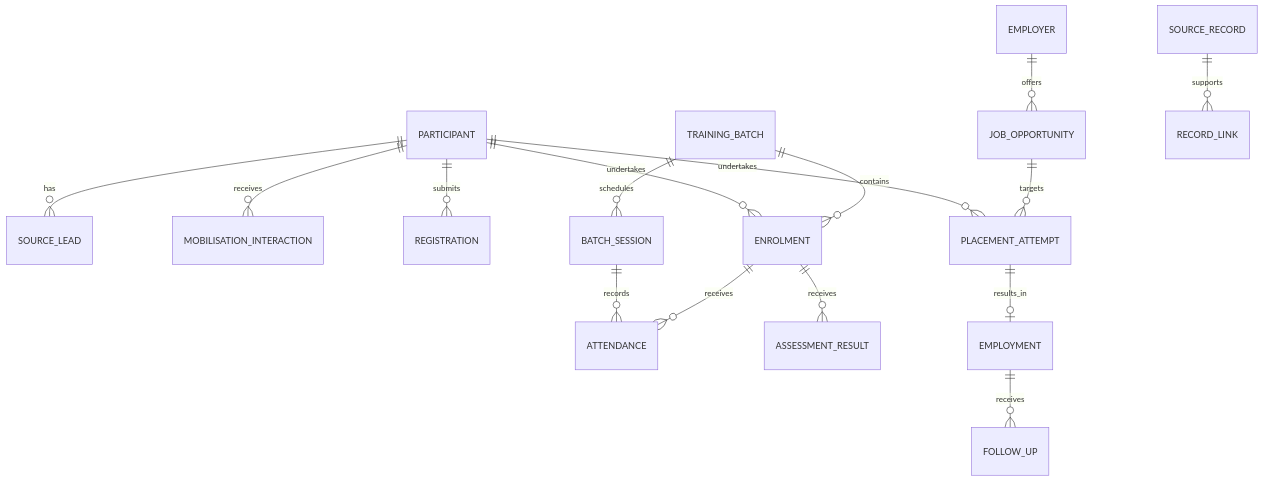
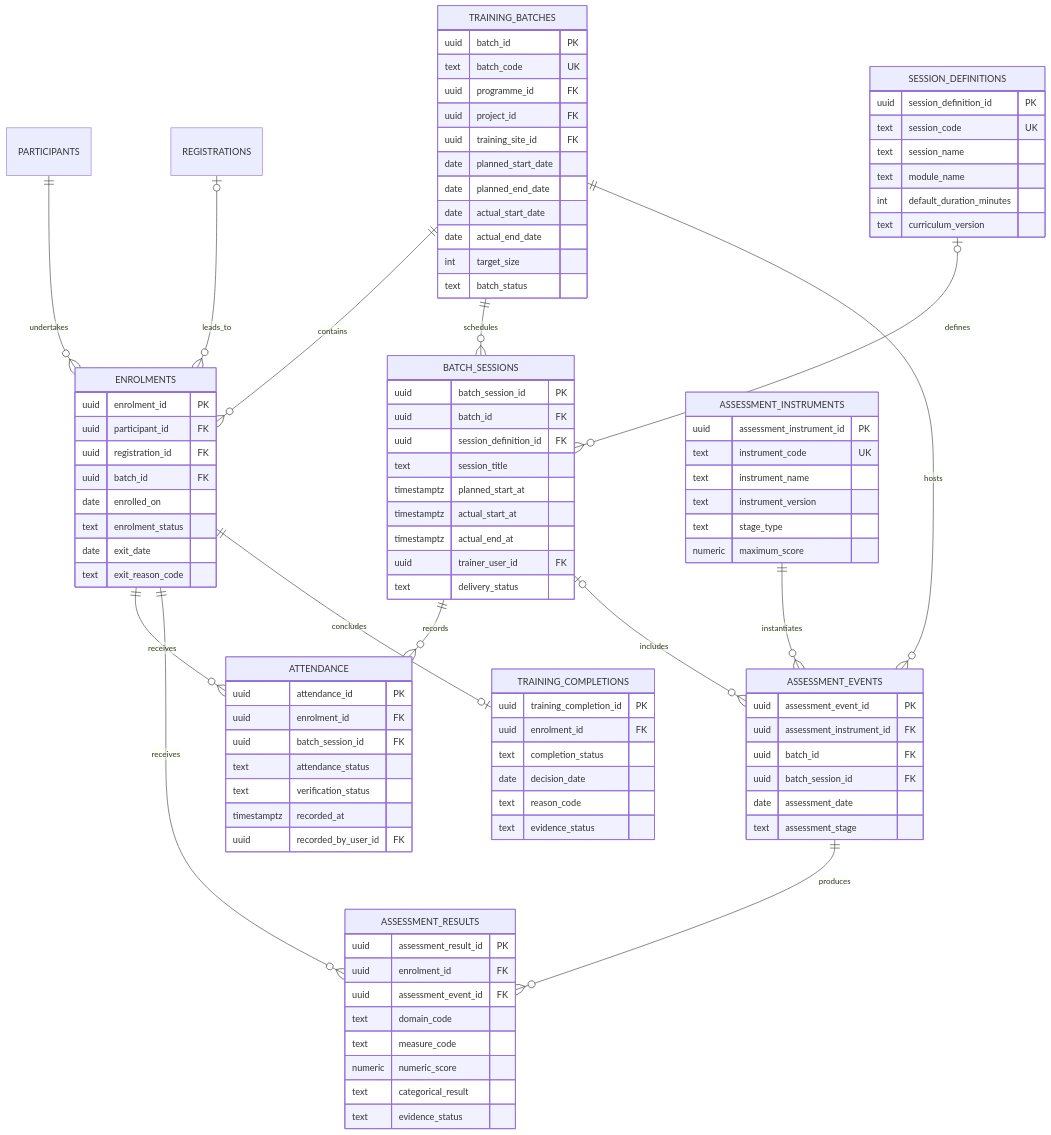
Before and after one commit to VoiceofNeedyFoundation/von-integrated-data-system: the fourth of 7 diagrams in docs/data-model.md, drawn with Mermaid. The commit also changed other lines of this file, not shown here.

````diff
--- a/docs/data-model.md
+++ b/docs/data-model.md
@@ -37,18 +206,102 @@
 ```mermaid
 erDiagram
-    PARTICIPANT ||--o{ SOURCE_LEAD : has
-    PARTICIPANT ||--o{ MOBILISATION_INTERACTION : receives
-    PARTICIPANT ||--o{ REGISTRATION : submits
-    PARTICIPANT ||--o{ ENROLMENT : undertakes
-    TRAINING_BATCH ||--o{ ENROLMENT : contains
-    TRAINING_BATCH ||--o{ BATCH_SESSION : schedules
-    BATCH_SESSION ||--o{ ATTENDANCE : records
-    ENROLMENT ||--o{ ATTENDANCE : receives
-    ENROLMENT ||--o{ ASSESSMENT_RESULT : receives
-    PARTICIPANT ||--o{ PLACEMENT_ATTEMPT : undertakes
-    EMPLOYER ||--o{ JOB_OPPORTUNITY : offers
-    JOB_OPPORTUNITY ||--o{ PLACEMENT_ATTEMPT : targets
-    PLACEMENT_ATTEMPT ||--o| EMPLOYMENT : results_in
-    EMPLOYMENT ||--o{ FOLLOW_UP : receives
-    SOURCE_RECORD ||--o{ RECORD_LINK : supports
+    TRAINING_BATCHES {
+        uuid batch_id PK
+        text batch_code UK
+        uuid programme_id FK
+        uuid project_id FK
+        uuid training_site_id FK
+        date planned_start_date
+        date planned_end_date
+        date actual_start_date
+        date actual_end_date
+        int target_size
+        text batch_status
+    }
+    ENROLMENTS {
+        uuid enrolment_id PK
+        uuid participant_id FK
+        uuid registration_id FK
+        uuid batch_id FK
+        date enrolled_on
+        text enrolment_status
+        date exit_date
+        text exit_reason_code
+    }
+    SESSION_DEFINITIONS {
+        uuid session_definition_id PK
+        text session_code UK
+        text session_name
+        text module_name
+        int default_duration_minutes
+        text curriculum_version
+    }
+    BATCH_SESSIONS {
+        uuid batch_session_id PK
+        uuid batch_id FK
+        uuid session_definition_id FK
+        text session_title
+        timestamptz planned_start_at
+        timestamptz actual_start_at
+        timestamptz actual_end_at
+        uuid trainer_user_id FK
+        text delivery_status
+    }
+    ATTENDANCE {
+        uuid attendance_id PK
+        uuid enrolment_id FK
+        uuid batch_session_id FK
+        text attendance_status
+        text verification_status
+        timestamptz recorded_at
+        uuid recorded_by_user_id FK
+    }
+    ASSESSMENT_INSTRUMENTS {
+        uuid assessment_instrument_id PK
+        text instrument_code UK
+        text instrument_name
+        text instrument_version
+        text stage_type
+        numeric maximum_score
+    }
+    ASSESSMENT_EVENTS {
+        uuid assessment_event_id PK
+        uuid assessment_instrument_id FK
+        uuid batch_id FK
+        uuid batch_session_id FK
+        date assessment_date
+        text assessment_stage
+    }
+    ASSESSMENT_RESULTS {
+        uuid assessment_result_id PK
+        uuid enrolment_id FK
+        uuid assessment_event_id FK
+        text domain_code
+        text measure_code
+        numeric numeric_score
+        text categorical_result
+        text evidence_status
+    }
+    TRAINING_COMPLETIONS {
+        uuid training_completion_id PK
+        uuid enrolment_id FK
+        text completion_status
+        date decision_date
+        text reason_code
+        text evidence_status
+    }
+
+    TRAINING_BATCHES ||--o{ ENROLMENTS : contains
+    PARTICIPANTS ||--o{ ENROLMENTS : undertakes
+    REGISTRATIONS o|--o{ ENROLMENTS : leads_to
+    SESSION_DEFINITIONS o|--o{ BATCH_SESSIONS : defines
+    TRAINING_BATCHES ||--o{ BATCH_SESSIONS : schedules
+    ENROLMENTS ||--o{ ATTENDANCE : receives
+    BATCH_SESSIONS ||--o{ ATTENDANCE : records
+    ASSESSMENT_INSTRUMENTS ||--o{ ASSESSMENT_EVENTS : instantiates
+    TRAINING_BATCHES ||--o{ ASSESSMENT_EVENTS : hosts
+    BATCH_SESSIONS o|--o{ ASSESSMENT_EVENTS : includes
+    ENROLMENTS ||--o{ ASSESSMENT_RESULTS : receives
+    ASSESSMENT_EVENTS ||--o{ ASSESSMENT_RESULTS : produces
+    ENROLMENTS ||--o| TRAINING_COMPLETIONS : concludes
 ```
````
